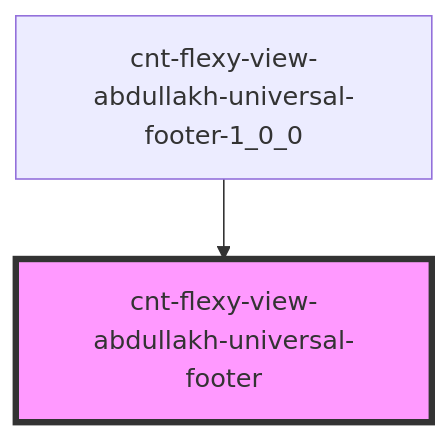
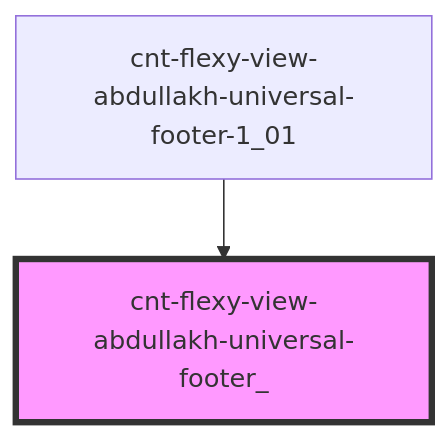
The diagram in src/components/cnt-flexy-view-abdullakh-universal-footer/res/view/cnt-flexy-view-abdullakh-universal-footer_/readme.md (Wokh-Dada/botdevelopmentapp), drawn with Mermaid before and after one commit. The commit also changed other lines of this file and 34 other files, not shown here.

````diff
--- a/src/components/cnt-flexy-view-abdullakh-universal-footer/res/view/cnt-flexy-view-abdullakh-universal-footer_/readme.md
+++ b/src/components/cnt-flexy-view-abdullakh-universal-footer/res/view/cnt-flexy-view-abdullakh-universal-footer_/readme.md
@@ -22,5 +22,5 @@
 ```mermaid
 graph TD;
-  cnt-flexy-view-abdullakh-universal-footer-1_0_0 --> cnt-flexy-view-abdullakh-universal-footer
-  style cnt-flexy-view-abdullakh-universal-footer fill:#f9f,stroke:#333,stroke-width:4px
+  cnt-flexy-view-abdullakh-universal-footer-1_01 --> cnt-flexy-view-abdullakh-universal-footer_
+  style cnt-flexy-view-abdullakh-universal-footer_ fill:#f9f,stroke:#333,stroke-width:4px
 ```
````
